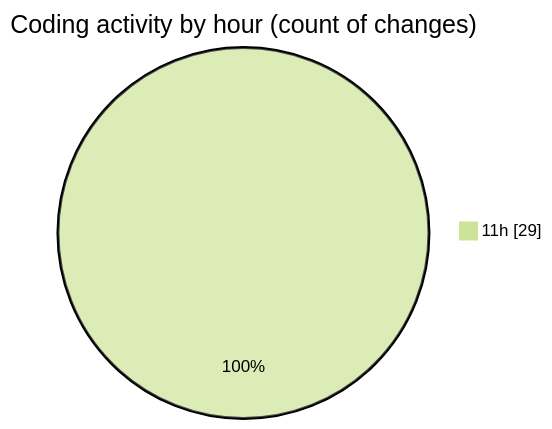
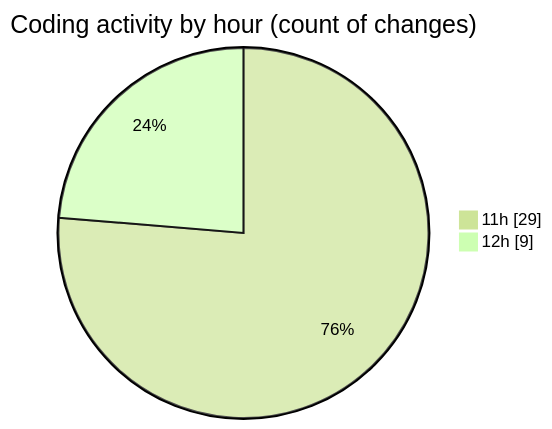
The second of 2 diagrams in 2025-11-05/nxtqube_webapp/README.md (nxtqubesakshisongat/code-tracking), drawn with Mermaid (forest theme) before and after one commit. The commit also changed other lines of this file and 1 other file, not shown here.

````diff
--- a/2025-11-05/nxtqube_webapp/README.md
+++ b/2025-11-05/nxtqube_webapp/README.md
@@ -36,5 +36,6 @@
 ```mermaid
 pie showData
 title Coding activity by hour (count of changes)
 "11h" : 29
+"12h" : 9
 ```
````
